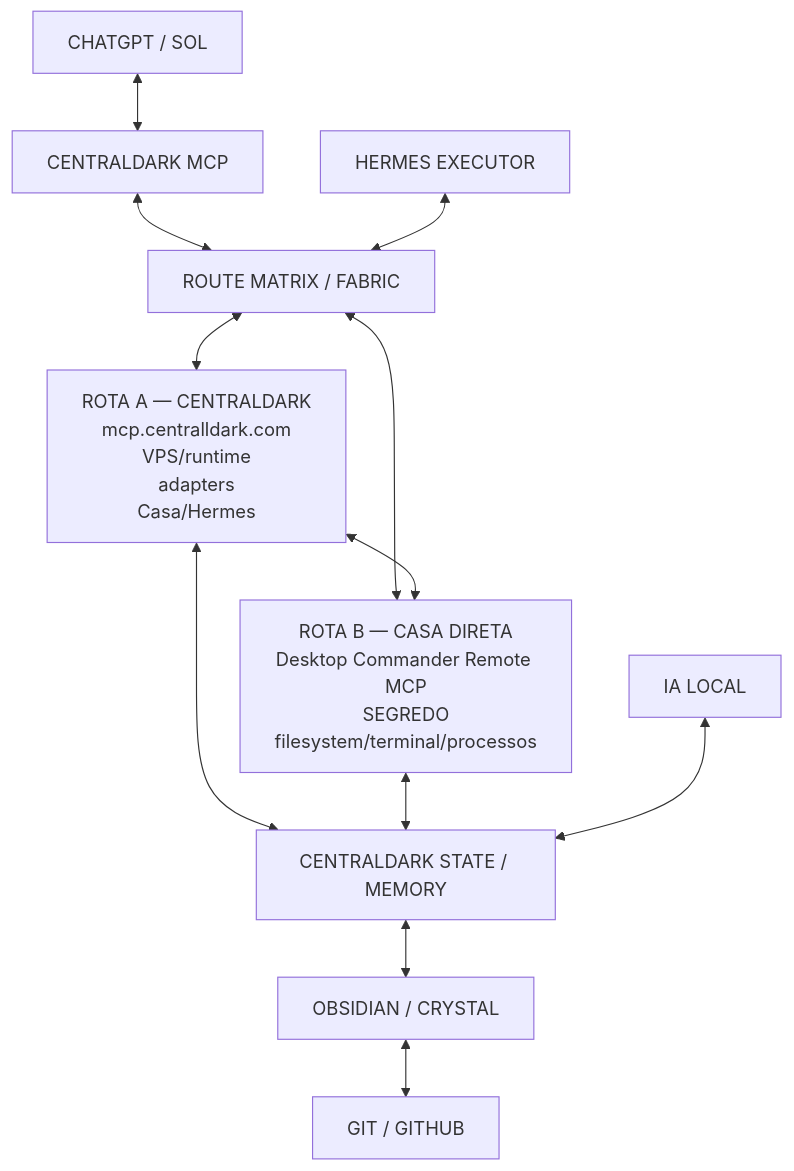
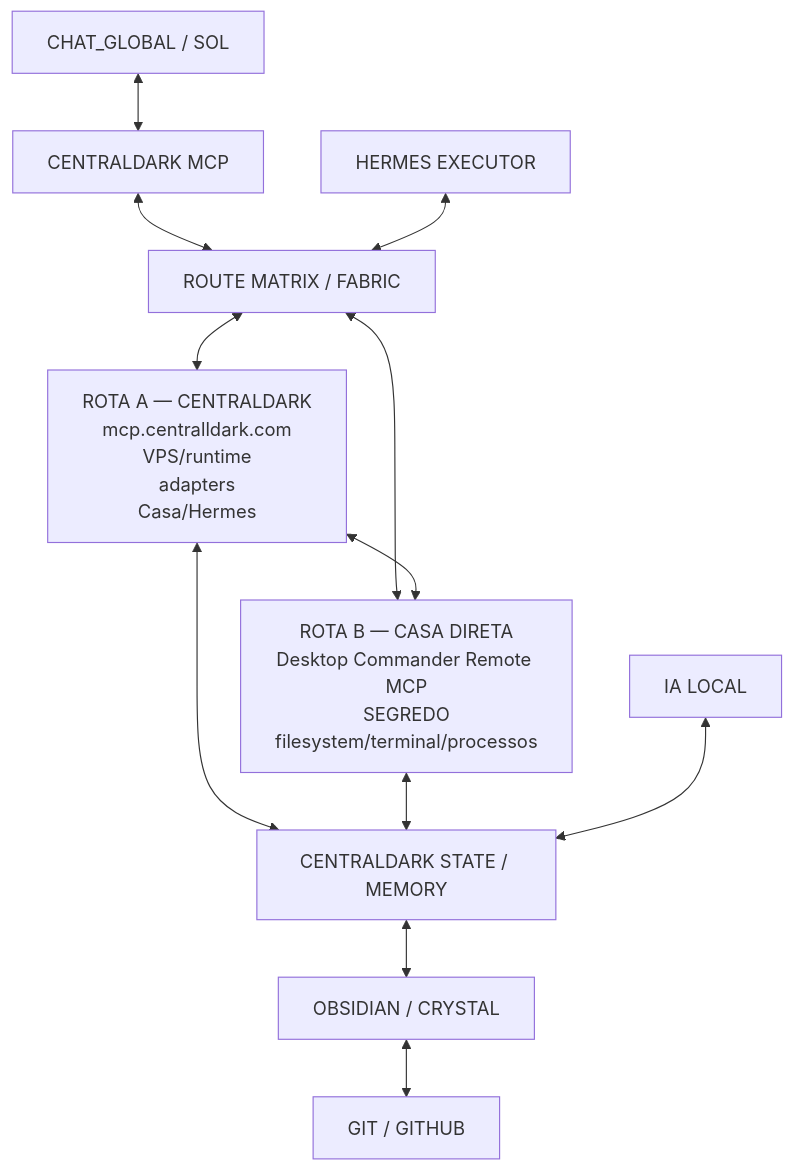
The diagram in docs/ARQUITETURA/CENTRALDARK-INSTINTO-SUPERIOR-OS/CENTRALDARK-MATRIZ-BIDIRECIONAL-GOLDEN-CAPSULE.md (ServerVpss/CentralDark), drawn with Mermaid before and after one commit. The commit also changed other lines of this file, not shown here.

Commit message:
arch(capsule): troca marca ChatGPT por classe CHAT_GLOBAL

````diff
--- a/docs/ARQUITETURA/CENTRALDARK-INSTINTO-SUPERIOR-OS/CENTRALDARK-MATRIZ-BIDIRECIONAL-GOLDEN-CAPSULE.md
+++ b/docs/ARQUITETURA/CENTRALDARK-INSTINTO-SUPERIOR-OS/CENTRALDARK-MATRIZ-BIDIRECIONAL-GOLDEN-CAPSULE.md
@@ -821,27 +835,27 @@
 ```mermaid
 flowchart TD
-    SOL[CHATGPT / SOL]
+    SOL[CHAT_GLOBAL / SOL]
     MCP[CENTRALDARK MCP]
     MATRIX[ROUTE MATRIX / FABRIC]
 
     RA[ROTA A — CENTRALDARK<br/>mcp.centralldark.com<br/>VPS/runtime<br/>adapters<br/>Casa/Hermes]
     RB[ROTA B — CASA DIRETA<br/>Desktop Commander Remote MCP<br/>SEGREDO<br/>filesystem/terminal/processos]
 
     STATE[CENTRALDARK STATE / MEMORY]
     OBS[OBSIDIAN / CRYSTAL]
     GH[GIT / GITHUB]
     HERMES[HERMES EXECUTOR]
     LOCALAI[IA LOCAL]
 
     SOL <--> MCP
     MCP <--> MATRIX
     MATRIX <--> RA
     MATRIX <--> RB
     RA <--> RB
     RA <--> STATE
     RB <--> STATE
     STATE <--> OBS
     OBS <--> GH
     HERMES <--> MATRIX
     LOCALAI <--> STATE
 ```
````
